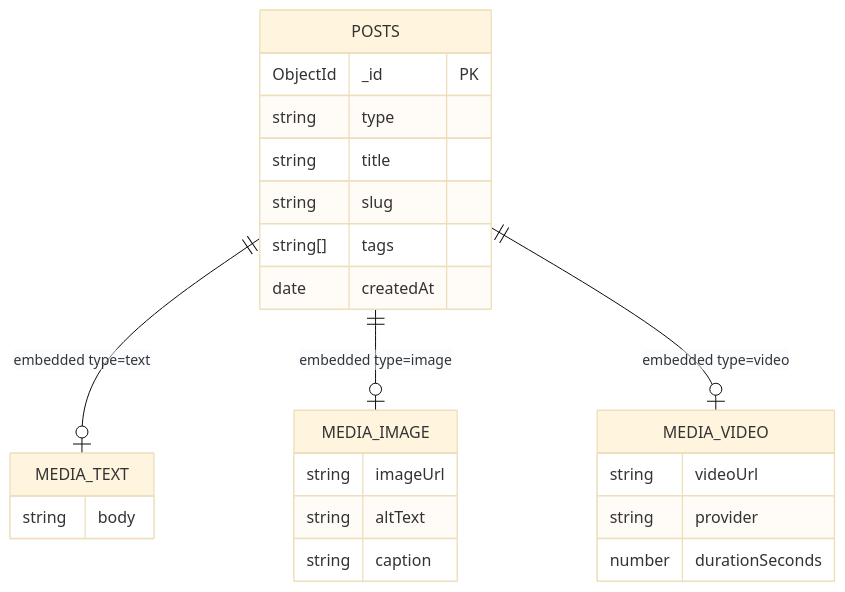
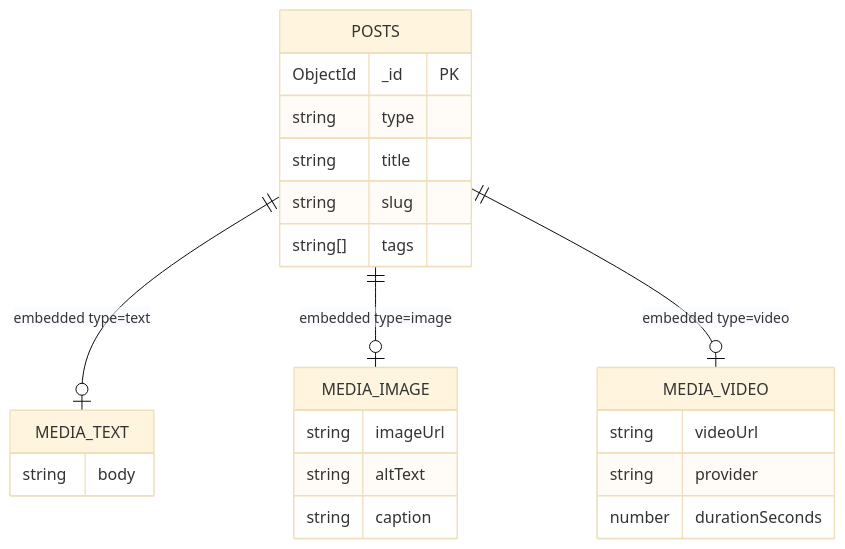
The diagram in docs/schema.md (lopeztecalcovaniam3s2-ui/Multimedia-Content-CMS), drawn with Mermaid (base theme) before and after one commit.

````diff
--- a/docs/schema.md
+++ b/docs/schema.md
@@ -4,27 +4,27 @@
 ```mermaid
 erDiagram
 POSTS {
     ObjectId _id PK
     string type
     string title
     string slug
     string[] tags
-    date createdAt
+    
 }
 MEDIA_TEXT {
     string body
 }
 MEDIA_IMAGE {
     string imageUrl
     string altText
     string caption
 }
 MEDIA_VIDEO {
     string videoUrl
     string provider
     number durationSeconds
 }
 POSTS ||--o| MEDIA_TEXT : "embedded type=text"
 POSTS ||--o| MEDIA_IMAGE : "embedded type=image"
 POSTS ||--o| MEDIA_VIDEO : "embedded type=video"
 ```
````
